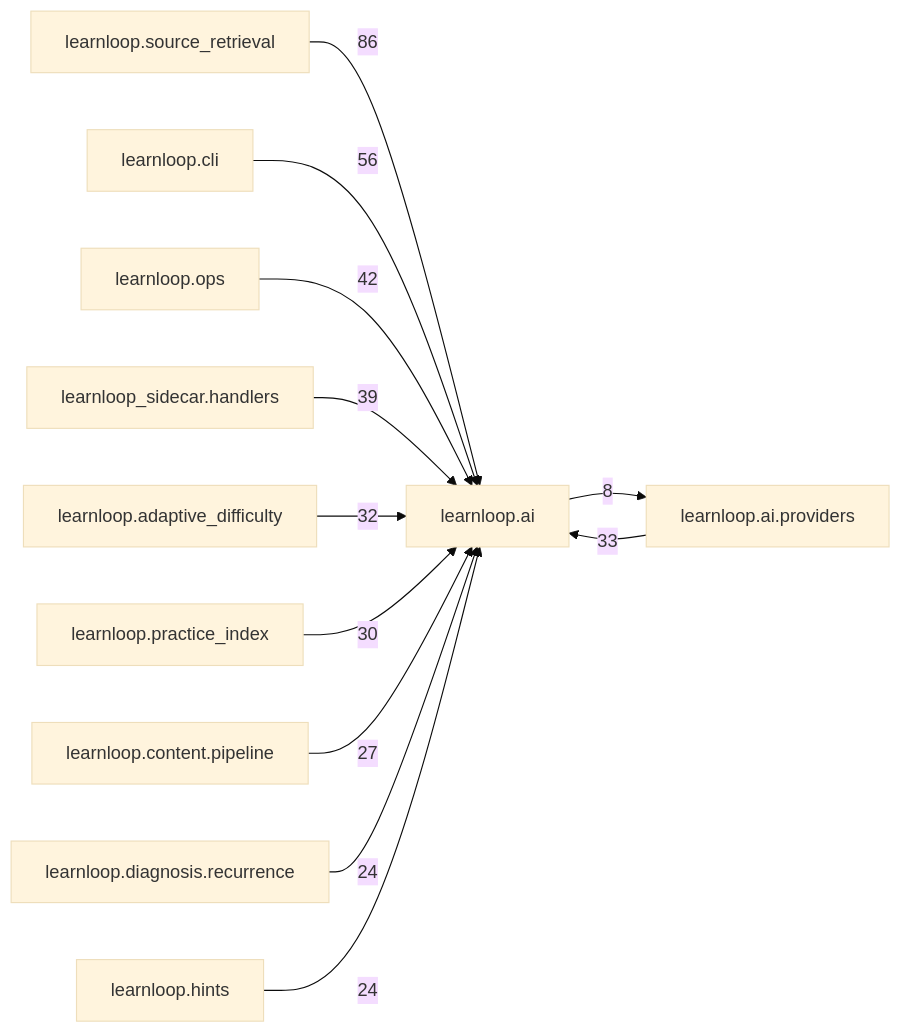
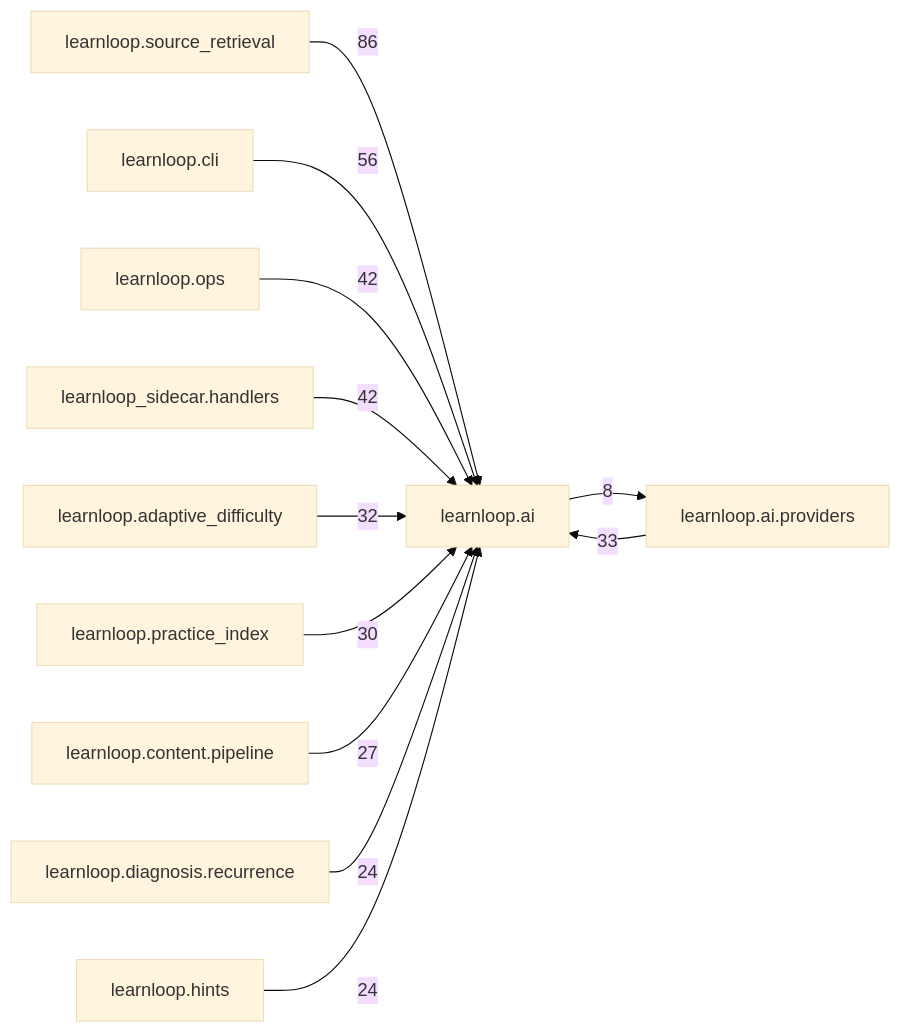
One commit to 6up-b/learnanything changed the diagram in docs/learnloop-architecture-vault/Reference/Modules/learnloop/ai/_package.md. Above: the diagram before and after it, drawn with Mermaid (base theme). The commit also changed other lines of this file and 67 other files, not shown here.

````diff
--- a/docs/learnloop-architecture-vault/Reference/Modules/learnloop/ai/_package.md
+++ b/docs/learnloop-architecture-vault/Reference/Modules/learnloop/ai/_package.md
@@ -165,25 +165,25 @@
 ```mermaid
 flowchart LR
     center["learnloop.ai"]
     n_learnloop_source_retrieval["learnloop.source_retrieval"]
     n_learnloop_cli["learnloop.cli"]
     n_learnloop_ops["learnloop.ops"]
+    n_learnloop_sidecar_handlers["learnloop_sidecar.handlers"]
     n_learnloop_ai_providers["learnloop.ai.providers"]
-    n_learnloop_sidecar_handlers["learnloop_sidecar.handlers"]
     n_learnloop_adaptive_difficulty["learnloop.adaptive_difficulty"]
     n_learnloop_practice_index["learnloop.practice_index"]
     n_learnloop_content_pipeline["learnloop.content.pipeline"]
     n_learnloop_diagnosis_recurrence["learnloop.diagnosis.recurrence"]
     n_learnloop_hints["learnloop.hints"]
     n_learnloop_source_retrieval -->|86| center
     n_learnloop_cli -->|56| center
     n_learnloop_ops -->|42| center
+    n_learnloop_sidecar_handlers -->|42| center
     n_learnloop_ai_providers -->|33| center
     center -->|8| n_learnloop_ai_providers
-    n_learnloop_sidecar_handlers -->|39| center
     n_learnloop_adaptive_difficulty -->|32| center
     n_learnloop_practice_index -->|30| center
     n_learnloop_content_pipeline -->|27| center
     n_learnloop_diagnosis_recurrence -->|24| center
     n_learnloop_hints -->|24| center
 ```
````
